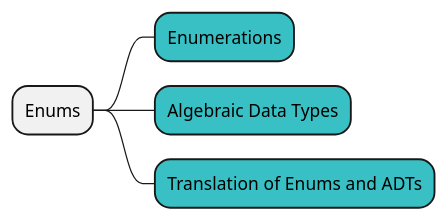
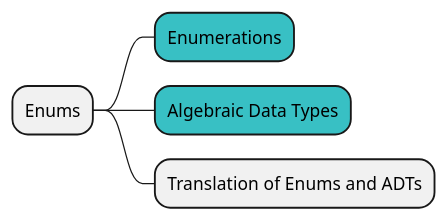
One commit to shinharad/getting-started-with-scala3 changed the third of 8 diagrams in docs/step01/03_Referenceを俯瞰してみる.md. Above: the diagram before and after it, drawn with PlantUML. The commit also changed 11 other files, not shown here.

````diff
--- a/docs/step01/03_Referenceを俯瞰してみる.md
+++ b/docs/step01/03_Referenceを俯瞰してみる.md
@@ -63,8 +63,8 @@
 ```plantuml
 @startmindmap
 * Enums
 **[#38c0c4] Enumerations
 **[#38c0c4] Algebraic Data Types
-**[#38c0c4] Translation of Enums and ADTs
+** Translation of Enums and ADTs
 @endmindmap
 ```
````
